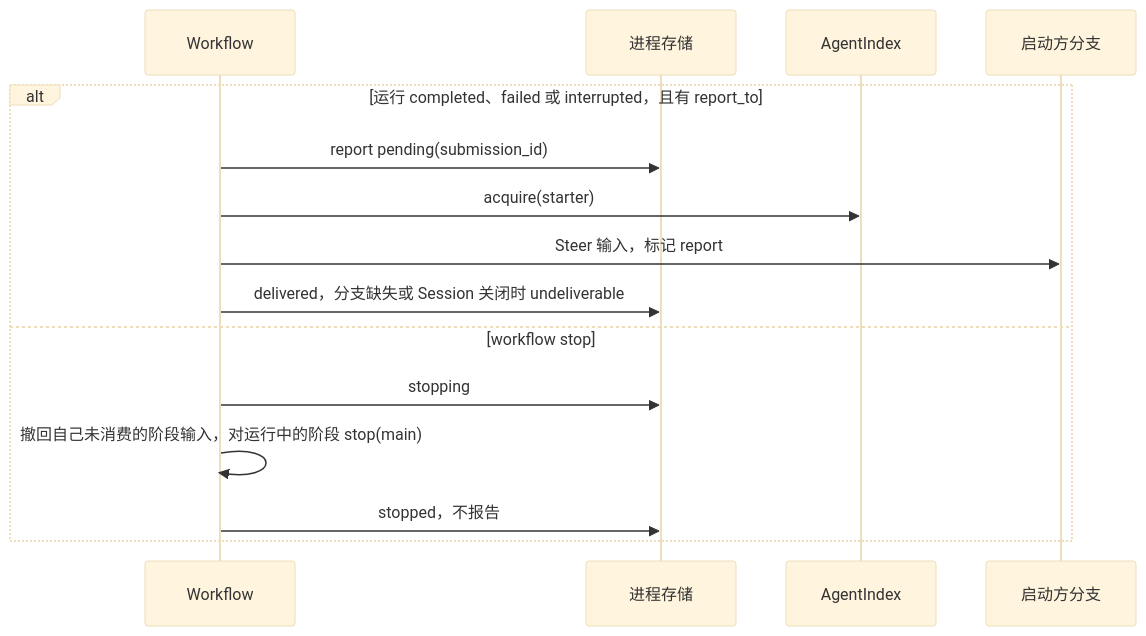
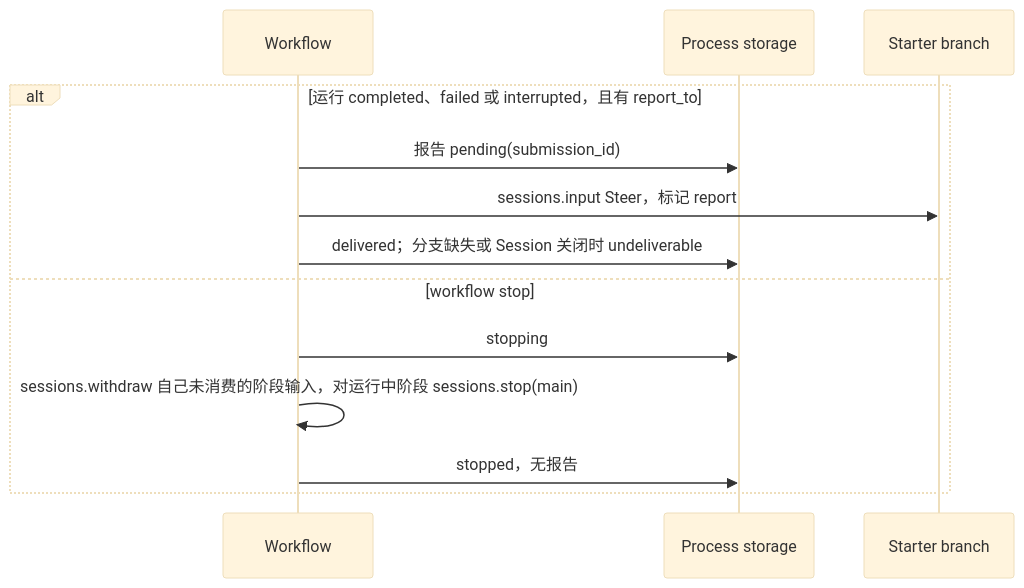
The fourth of 6 diagrams in docs/zh/design/plugins/Workflow.md (CoutinhoTTS/dim-agent), drawn with Mermaid (base theme) before and after one commit. The commit also changed other lines of this file and 18 other files, not shown here.

````diff
--- a/docs/zh/design/plugins/Workflow.md
+++ b/docs/zh/design/plugins/Workflow.md
@@ -121,17 +121,15 @@
 ```mermaid
 sequenceDiagram
   participant WF as Workflow
-  participant ST as 进程存储
-  participant AI as AgentIndex
-  participant STB as 启动方分支
+  participant ST as Process storage
+  participant STB as Starter branch
   alt 运行 completed、failed 或 interrupted，且有 report_to
-    WF->>ST: report pending(submission_id)
-    WF->>AI: acquire(starter)
-    WF->>STB: Steer 输入，标记 report
-    WF->>ST: delivered，分支缺失或 Session 关闭时 undeliverable
+    WF->>ST: 报告 pending(submission_id)
+    WF->>STB: sessions.input Steer，标记 report
+    WF->>ST: delivered；分支缺失或 Session 关闭时 undeliverable
   else workflow stop
     WF->>ST: stopping
-    WF->>WF: 撤回自己未消费的阶段输入，对运行中的阶段 stop(main)
-    WF->>ST: stopped，不报告
+    WF->>WF: sessions.withdraw 自己未消费的阶段输入，对运行中阶段 sessions.stop(main)
+    WF->>ST: stopped，无报告
   end
 ```
````
